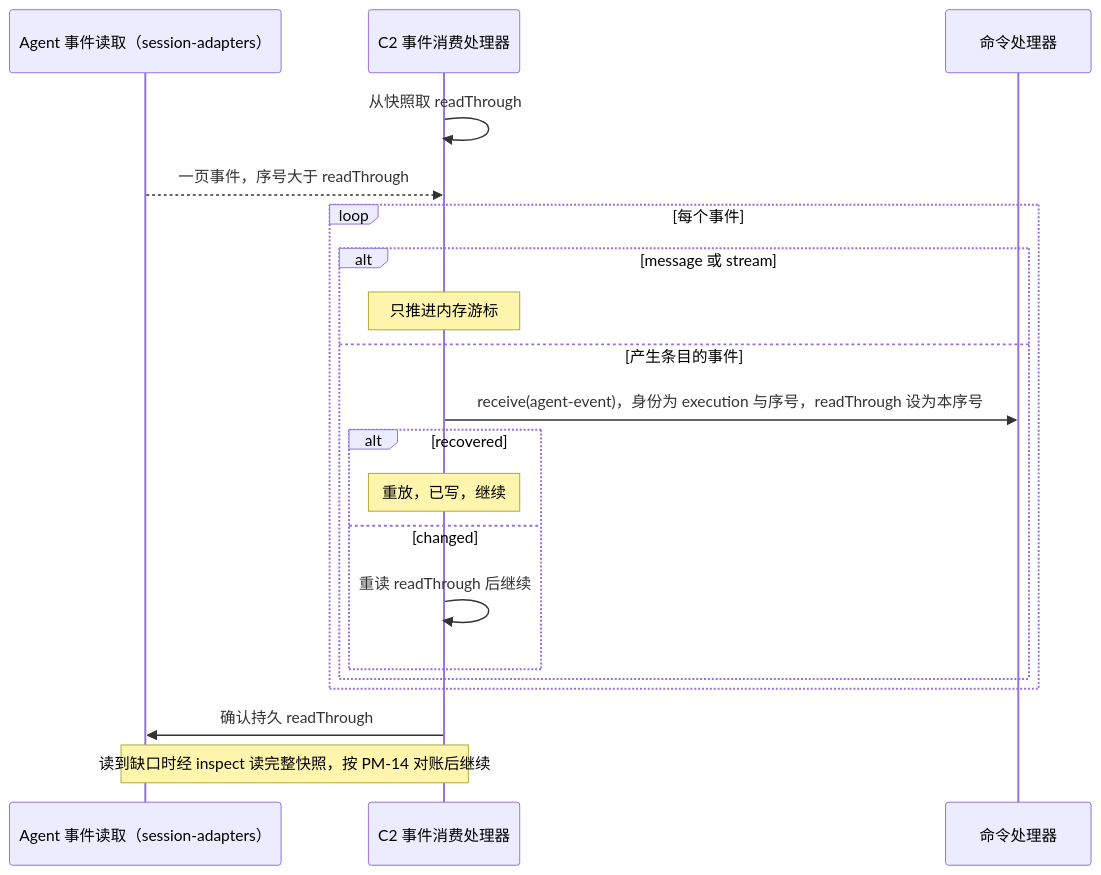
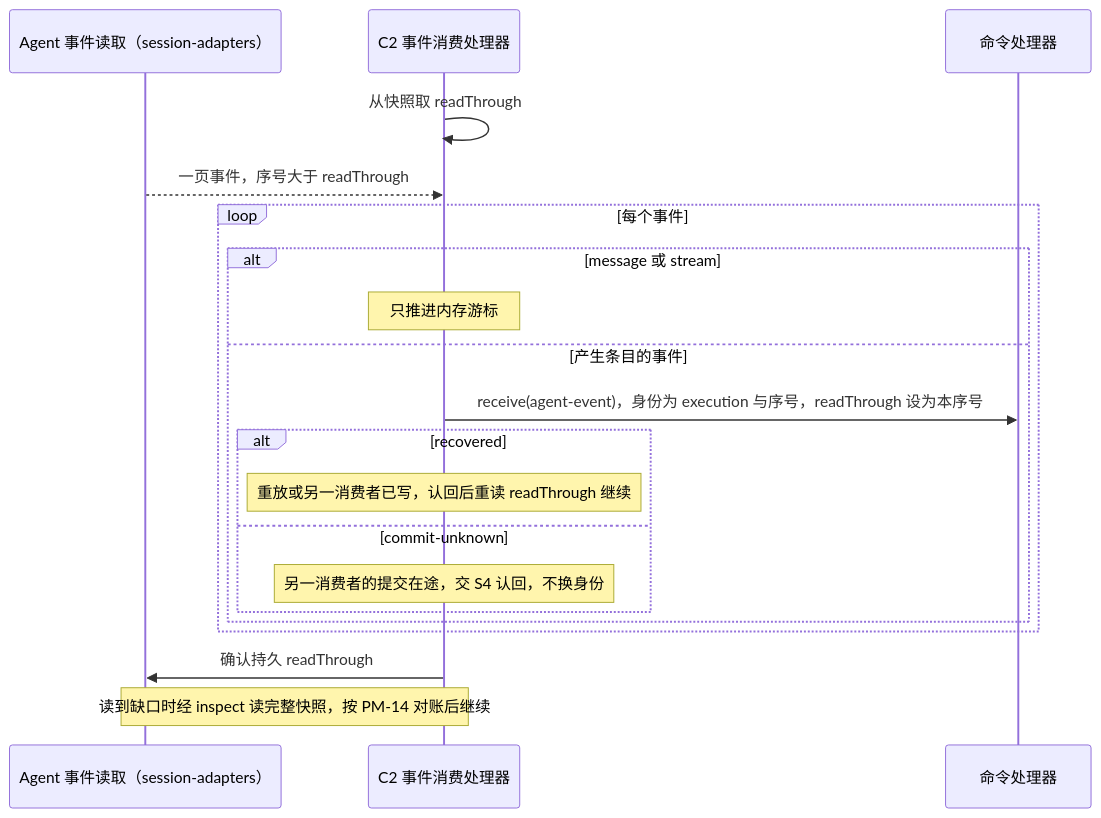
One commit to nemori-ai/omne-harness-lite changed the fourth of 17 diagrams in packages/session/session/docs/flows.md. Above: the diagram before and after it, drawn with Mermaid. The commit also changed other lines of this file and 25 other files, not shown here.

````diff
--- a/packages/session/session/docs/flows.md
+++ b/packages/session/session/docs/flows.md
@@ -113,22 +113,22 @@
 ```mermaid
 sequenceDiagram
     participant Ev as Agent 事件读取（session-adapters）
     participant C2 as C2 事件消费处理器
     participant CP as 命令处理器
     C2->>C2: 从快照取 readThrough
     Ev-->>C2: 一页事件，序号大于 readThrough
     loop 每个事件
         alt message 或 stream
             Note over C2: 只推进内存游标
         else 产生条目的事件
             C2->>CP: receive(agent-event)，身份为 execution 与序号，readThrough 设为本序号
             alt recovered
-                Note over C2: 重放，已写，继续
-            else changed
-                C2->>C2: 重读 readThrough 后继续
+                Note over C2: 重放或另一消费者已写，认回后重读 readThrough 继续
+            else commit-unknown
+                Note over C2: 另一消费者的提交在途，交 S4 认回，不换身份
             end
         end
     end
     C2->>Ev: 确认持久 readThrough
     Note over Ev,C2: 读到缺口时经 inspect 读完整快照，按 PM-14 对账后继续
 ```
````
